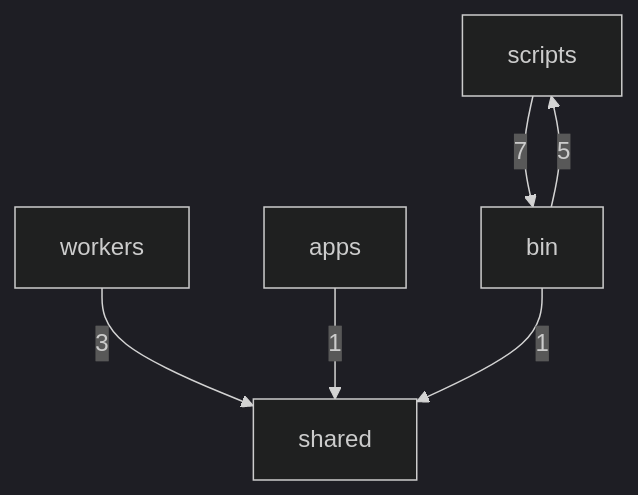
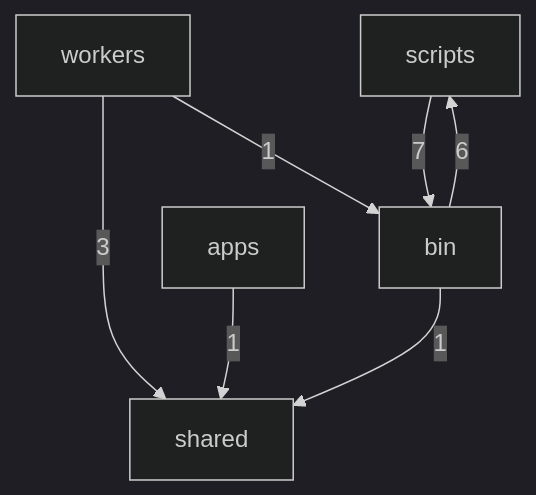
Before and after one commit to Sheshiyer/cambium: the diagram in docs/architecture/DEPENDENCY-GRAPH.md, drawn with Mermaid (dark theme). The commit also changed other lines of this file and 46 other files, not shown here.

````diff
--- a/docs/architecture/DEPENDENCY-GRAPH.md
+++ b/docs/architecture/DEPENDENCY-GRAPH.md
@@ -8,8 +8,9 @@
 ```mermaid
 graph TD
   scripts["scripts"] -->|7| bin["bin"]
-  bin["bin"] -->|5| scripts["scripts"]
+  bin["bin"] -->|6| scripts["scripts"]
   workers["workers"] -->|3| shared["shared"]
   apps["apps"] -->|1| shared["shared"]
   bin["bin"] -->|1| shared["shared"]
+  workers["workers"] -->|1| bin["bin"]
 ```
````
